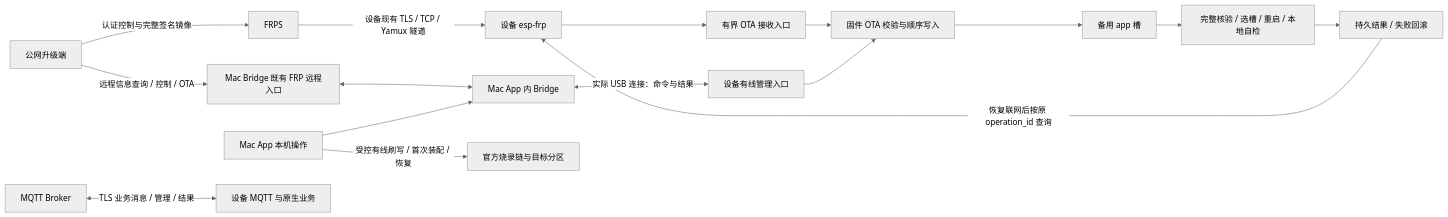
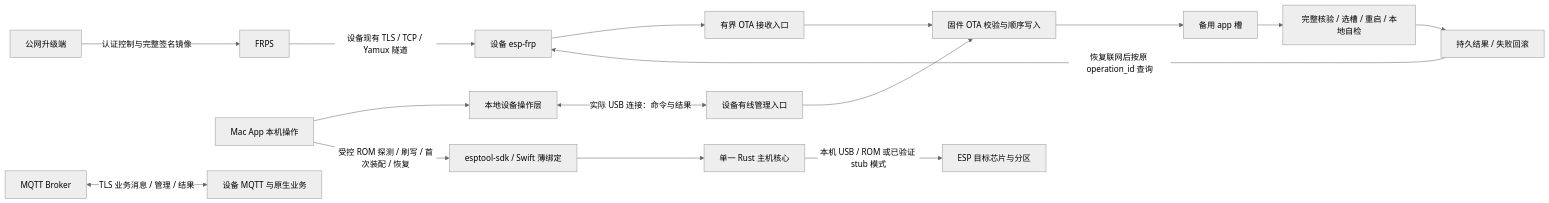
The diagram in docs/operations/ota-allocation-diagnostic-checkpoint.md (darren-you/esp-base), drawn with Mermaid (neutral theme) before and after one commit. The commit also changed other lines of this file and 149 other files, not shown here.

````diff
--- a/docs/operations/ota-allocation-diagnostic-checkpoint.md
+++ b/docs/operations/ota-allocation-diagnostic-checkpoint.md
@@ -64,18 +70,18 @@
 ```mermaid
 flowchart LR
     public["公网升级端"] -->|"认证控制与完整签名镜像"| frps["FRPS"]
     frps -->|"设备现有 TLS / TCP / Yamux 隧道"| frp["设备 esp-frp"]
     frp --> receiver["有界 OTA 接收入口"]
     receiver --> ota["固件 OTA 校验与顺序写入"]
     ota --> inactive["备用 app 槽"]
     inactive --> boot["完整核验 / 选槽 / 重启 / 本地自检"]
     boot --> result["持久结果 / 失败回滚"]
     result -->|"恢复联网后按原 operation_id 查询"| frp
-    public -->|"远程信息查询 / 控制 / OTA"| mac_remote["Mac Bridge 既有 FRP 远程入口"]
-    mac_remote <--> mac["Mac App 内 Bridge"]
-    local["Mac App 本机操作"] --> mac
+    local["Mac App 本机操作"] --> mac["本地设备操作层"]
     mac <-->|"实际 USB 连接：命令与结果"| usb["设备有线管理入口"]
     usb --> ota
-    local -->|"受控有线刷写 / 首次装配 / 恢复"| flash["官方烧录链与目标分区"]
+    local -->|"受控 ROM 探测 / 刷写 / 首次装配 / 恢复"| binding["esptool-sdk / Swift 薄绑定"]
+    binding --> rust["单一 Rust 主机核心"]
+    rust -->|"本机 USB / ROM 或已验证 stub 模式"| flash["ESP 目标芯片与分区"]
     broker["MQTT Broker"] <-->|"TLS 业务消息 / 管理 / 结果"| native["设备 MQTT 与原生业务"]
 ```
````
